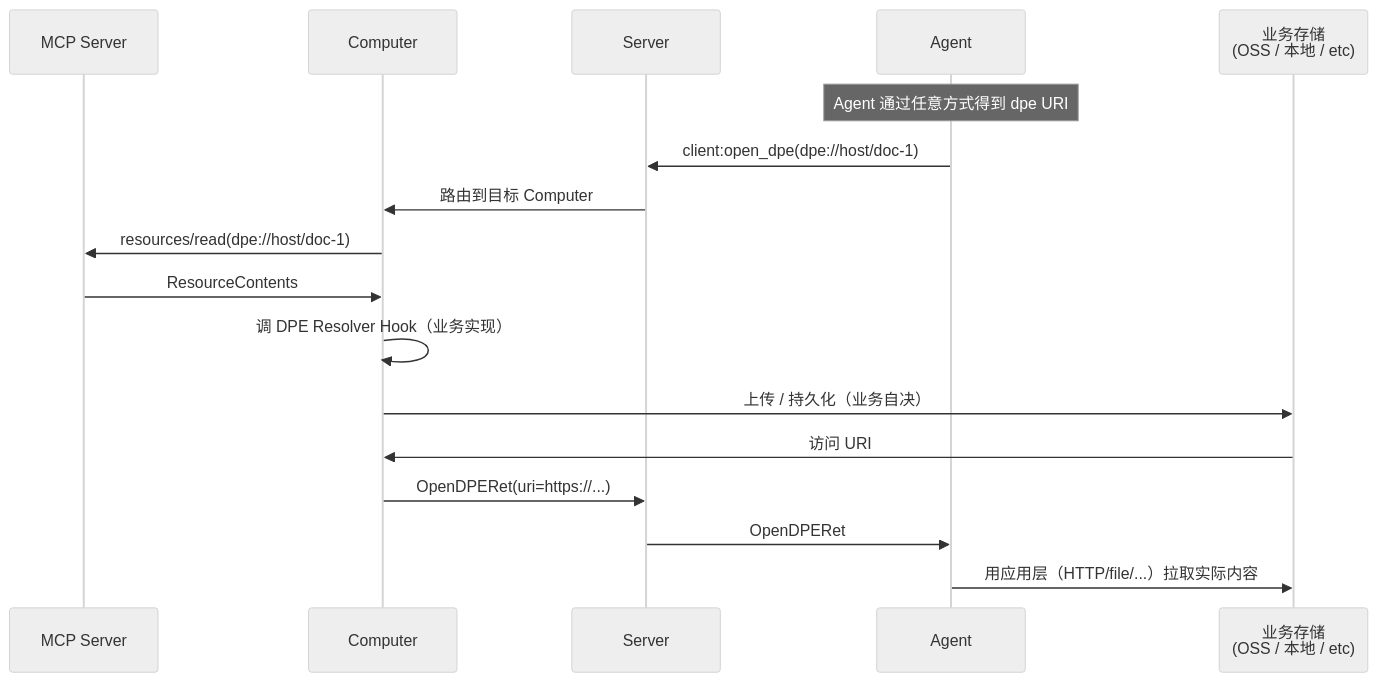
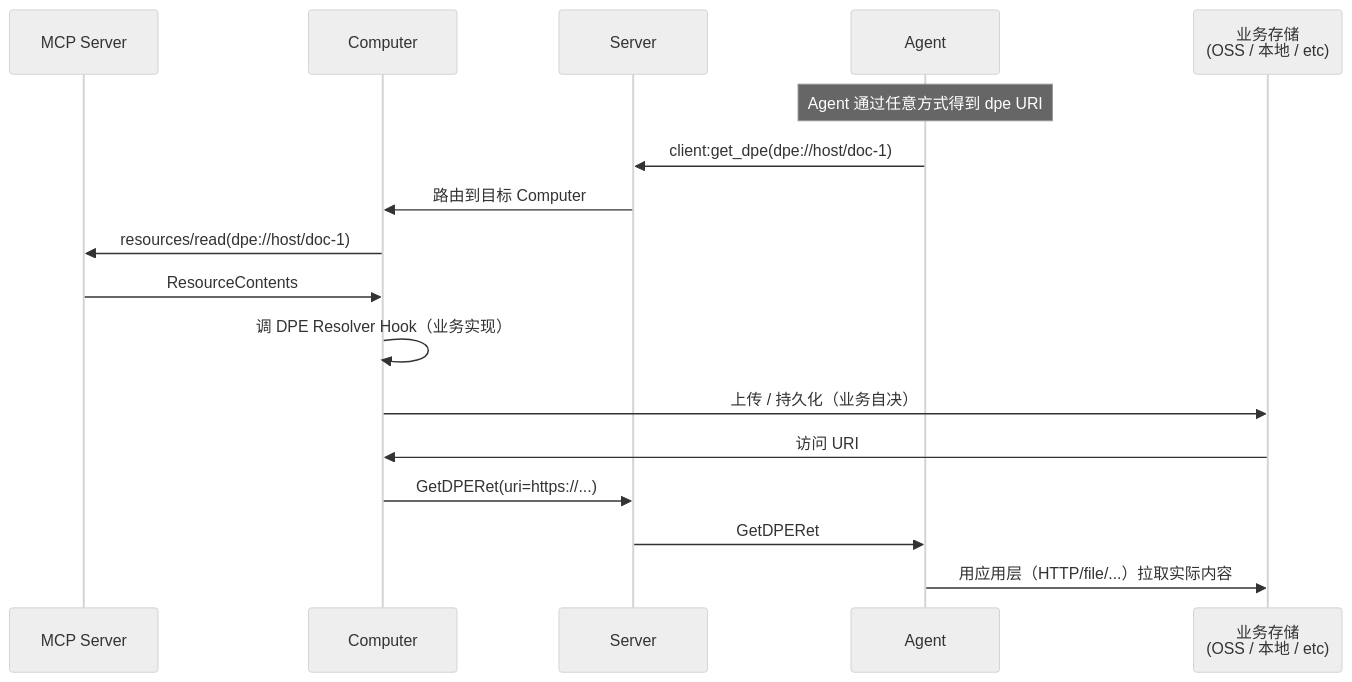
Before and after one commit to A2C-SMCP/a2c-smcp-protocol: the fifth of 5 diagrams in docs/specification/events.md, drawn with Mermaid (neutral theme). The commit also changed other lines of this file and 8 other files, not shown here.

First line of the commit message:
Add client:get_resources for discovery; relax host uniqueness to SHOULD

````diff
--- a/docs/specification/events.md
+++ b/docs/specification/events.md
@@ -551,20 +610,20 @@
 ```mermaid
 sequenceDiagram
     participant M as MCP Server
     participant C as Computer
     participant S as Server
     participant A as Agent
     participant Store as 业务存储<br/>(OSS / 本地 / etc)
 
     Note over A: Agent 通过任意方式得到 dpe URI
-    A->>S: client:open_dpe(dpe://host/doc-1)
+    A->>S: client:get_dpe(dpe://host/doc-1)
     S->>C: 路由到目标 Computer
     C->>M: resources/read(dpe://host/doc-1)
     M->>C: ResourceContents
     C->>C: 调 DPE Resolver Hook（业务实现）
     C->>Store: 上传 / 持久化（业务自决）
     Store->>C: 访问 URI
-    C->>S: OpenDPERet(uri=https://...)
-    S->>A: OpenDPERet
+    C->>S: GetDPERet(uri=https://...)
+    S->>A: GetDPERet
     A->>Store: 用应用层（HTTP/file/...）拉取实际内容
 ```
````
